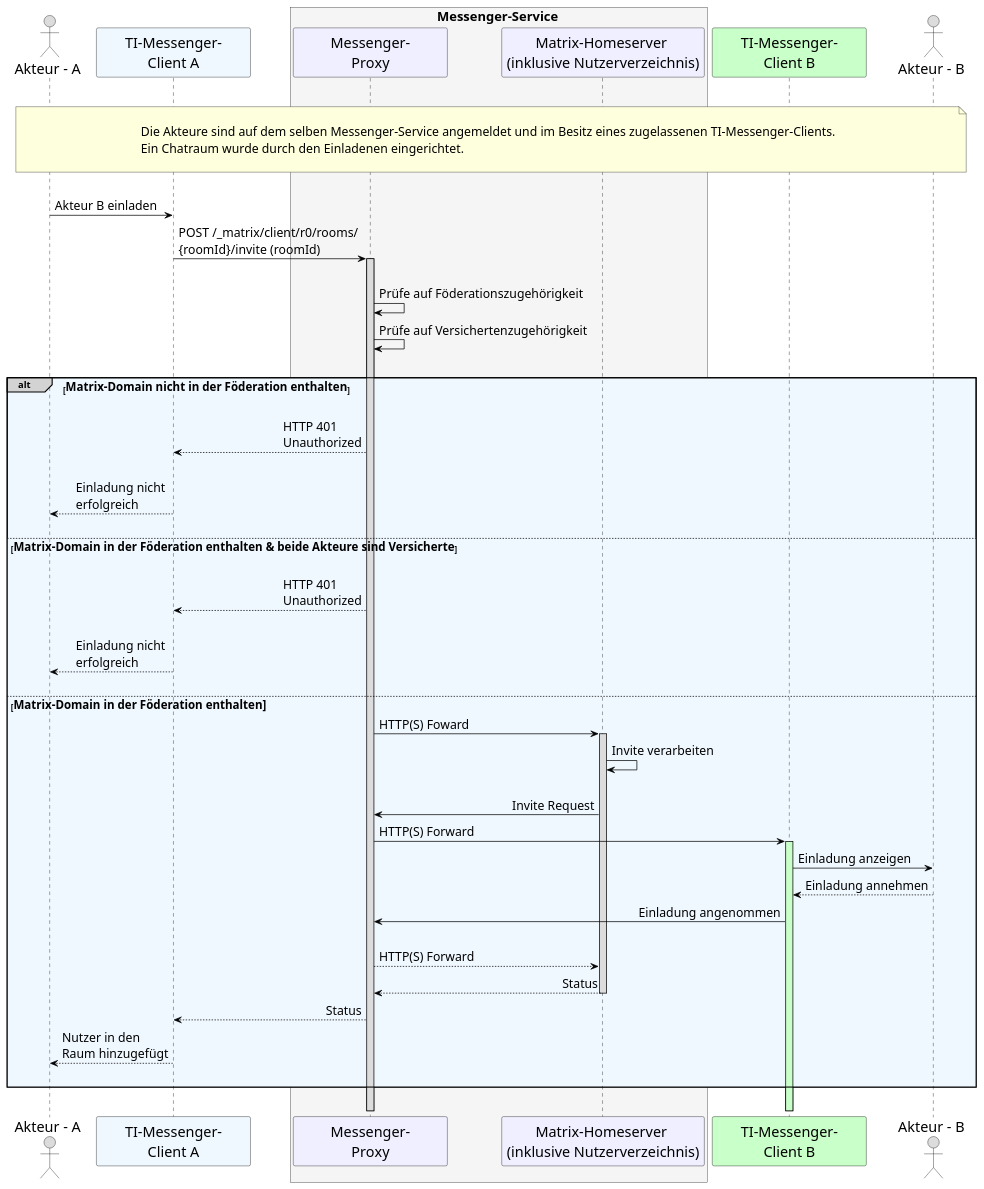
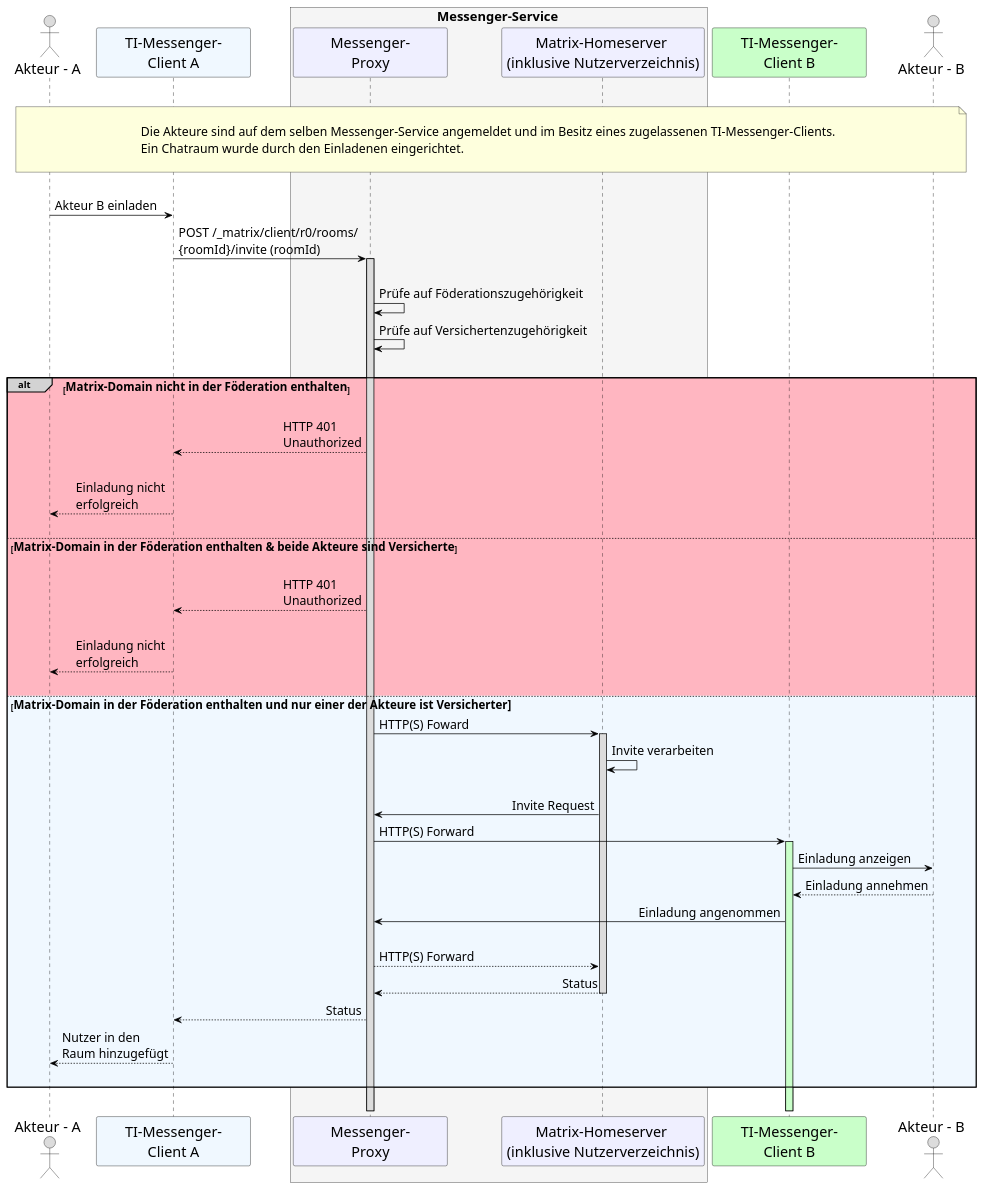
One commit to gematik/api-ti-messenger changed the diagram in src/plantuml/TI-Messenger-Dienst/Ressourcen/epa_UC_10104_Seq.puml. Above: the diagram before and after it, drawn with PlantUML.

Commit message:
added colors

```diff
--- a/src/plantuml/TI-Messenger-Dienst/Ressourcen/epa_UC_10104_Seq.puml
+++ b/src/plantuml/TI-Messenger-Dienst/Ressourcen/epa_UC_10104_Seq.puml
@@ -9,82 +9,82 @@
 @startuml
 skinparam sequenceMessageAlign direction
 skinparam minClassWidth 200
 skinparam BoxPadding 1
 skinparam sequenceReferenceHeaderBackgroundColor palegreen
 scale max 2048 width
 
 skinparam sequence {
 ArrowColor black
 ArrowFontSize 17
 ActorBorderColor black
 LifeLineBorderColor black
 LifeLineBackgroundColor Gainsboro
 
 ParticipantBorderColor Motivation
 ParticipantBackgroundColor Motivation
 ParticipantFontName Impact
 ParticipantFontSize 20
 ParticipantFontColor black
 ParticipantBorderColor Black
 ParticipantBackgroundColor MOTIVATION
 
 ActorBackgroundColor Gainsboro
 ActorFontColor black
 ActorFontSize 20
 ActorFontName Aapex
 }
     actor U1 as "Akteur - A"
     participant C1 as "TI-Messenger-\nClient A" #AliceBlue
     box <size:18>Messenger-Service</size> #WhiteSmoke
       participant MP as "Messenger-\nProxy"
       participant MH as "Matrix-Homeserver \n(inklusive Nutzerverzeichnis)"
     end box
     participant C2 as "TI-Messenger-\nClient B"#TECHNOLOGY
     actor U2 as "Akteur - B"
     
 |||
 note over U1, U2: \n<size:17>Die Akteure sind auf dem selben Messenger-Service angemeldet und im Besitz eines zugelassenen TI-Messenger-Clients.\n<size:17>Ein Chatraum wurde durch den Einladenen eingerichtet.</size>\n
 |||
     U1->C1: Akteur B einladen
     C1->MP: POST /_matrix/client/r0/rooms/\n{roomId}/invite (roomId)
     activate MP
     |||
       MP->MP: Prüfe auf Föderationszugehörigkeit
       MP->MP: Prüfe auf Versichertenzugehörigkeit
     |||
     
-    alt#LightGrey #AliceBlue <size:16>Matrix-Domain nicht in der Föderation enthalten</size>
+    alt#LightGrey #LightPink <size:16>Matrix-Domain nicht in der Föderation enthalten</size>
       |||
       MP-->C1: HTTP 401 \nUnauthorized
       |||
       C1-->U1: Einladung nicht \nerfolgreich
       |||
     
       else <size:16>Matrix-Domain in der Föderation enthalten & beide Akteure sind Versicherte</size>
       |||
       MP-->C1: HTTP 401 \nUnauthorized
       |||
       C1-->U1: Einladung nicht \nerfolgreich
       |||
 
-      else <size:16>Matrix-Domain in der Föderation enthalten
+      else #AliceBlue <size:16>Matrix-Domain in der Föderation enthalten und nur einer der Akteure ist Versicherter
       MP->MH: HTTP(S) Foward
         activate MH
       MH->MH: Invite verarbeiten
       |||
           MH->MP: Invite Request
           MP->C2: HTTP(S) Forward
             activate C2 #TECHNOLOGY
           C2->U2: Einladung anzeigen
           U2-->C2: Einladung annehmen
           C2->MP: Einladung angenommen
           |||
           MP-->MH: HTTP(S) Forward
           MH-->MP: Status
             deactivate MH
           MP-->C1: Status
           C1-->U1: Nutzer in den \nRaum hinzugefügt
         |||
         end
  |||
 @enduml
```
